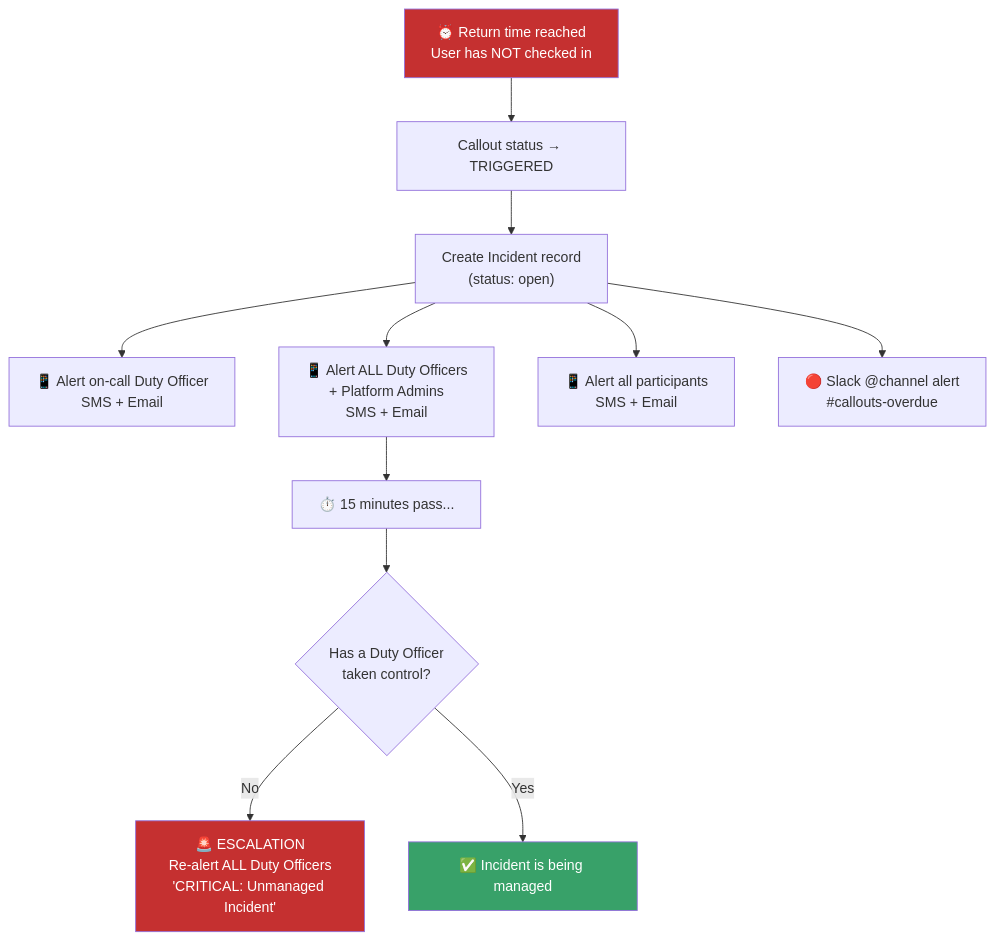
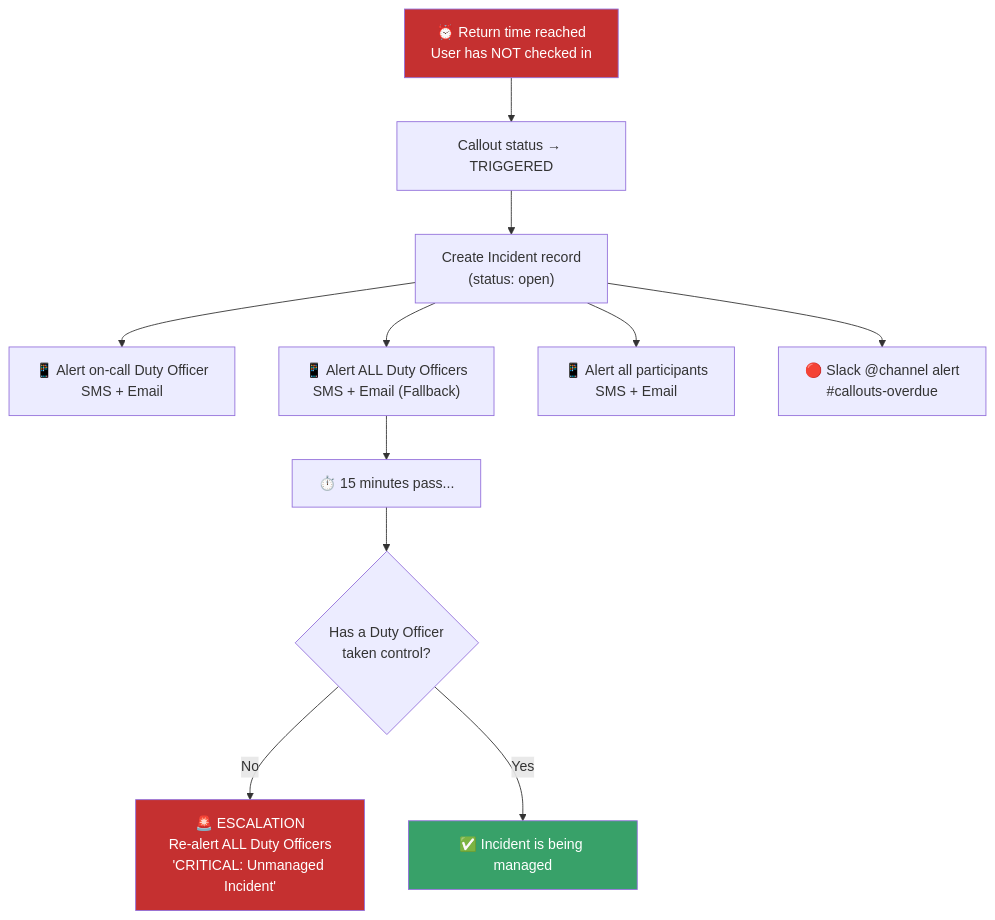
The fourth of 8 diagrams in docs/callout-system.md (paperclipmonkey/subterra), drawn with Mermaid before and after one commit. The commit also changed other lines of this file and 6 other files, not shown here.

Commit message:
feat: Introduce phone number validation for Duty Officers and refine callout notification targeting to exclude platform admins.

````diff
--- a/docs/callout-system.md
+++ b/docs/callout-system.md
@@ -152,20 +148,20 @@
 ```mermaid
 flowchart TD
     Overdue["⏰ Return time reached<br/>User has NOT checked in"]
     Overdue --> Trigger["Callout status → TRIGGERED"]
     Trigger --> Incident["Create Incident record<br/>(status: open)"]
 
     Incident --> NotifyDO["📱 Alert on-call Duty Officer<br/>SMS + Email"]
-    Incident --> NotifyAll["📱 Alert ALL Duty Officers<br/>+ Platform Admins<br/>SMS + Email"]
+    Incident --> NotifyAll["📱 Alert ALL Duty Officers<br/>SMS + Email (Fallback)"]
     Incident --> NotifyParticipants["📱 Alert all participants<br/>SMS + Email"]
     Incident --> SlackAlert["🔴 Slack @channel alert<br/>#callouts-overdue"]
 
     NotifyAll --> Wait15["⏱️ 15 minutes pass..."]
     Wait15 --> CheckController{"Has a Duty Officer<br/>taken control?"}
     CheckController -->|No| Escalate["🚨 ESCALATION<br/>Re-alert ALL Duty Officers<br/>'CRITICAL: Unmanaged Incident'"]
     CheckController -->|Yes| Managed["✅ Incident is being managed"]
 
     style Overdue fill:#c53030,color:#fff
     style Escalate fill:#c53030,color:#fff
     style Managed fill:#38a169,color:#fff
 ```
````
